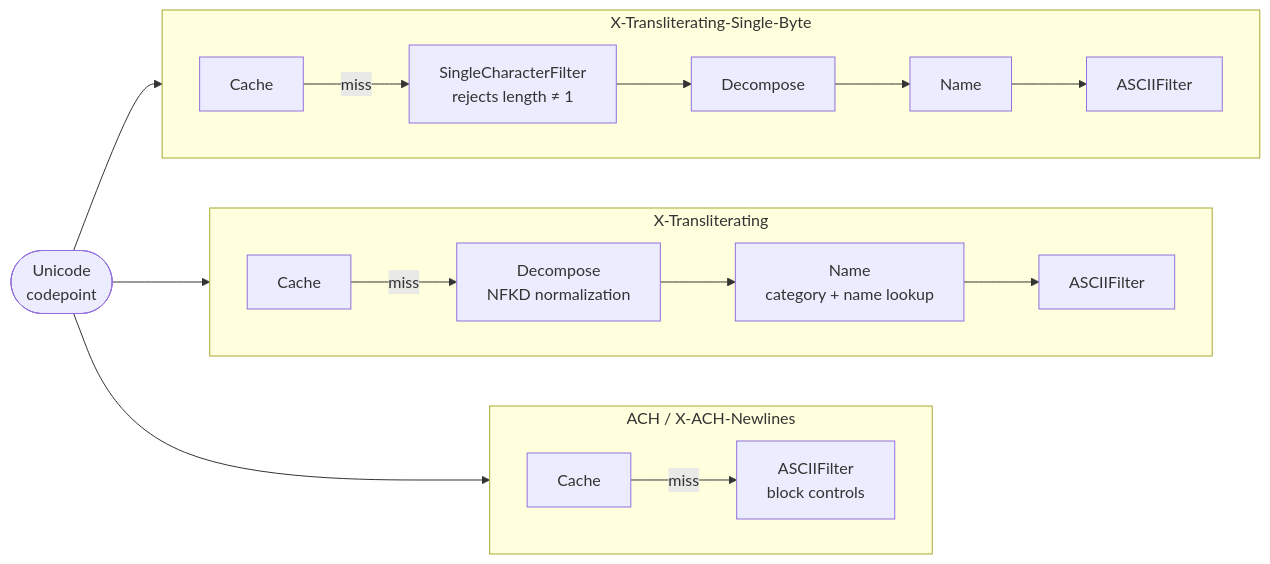
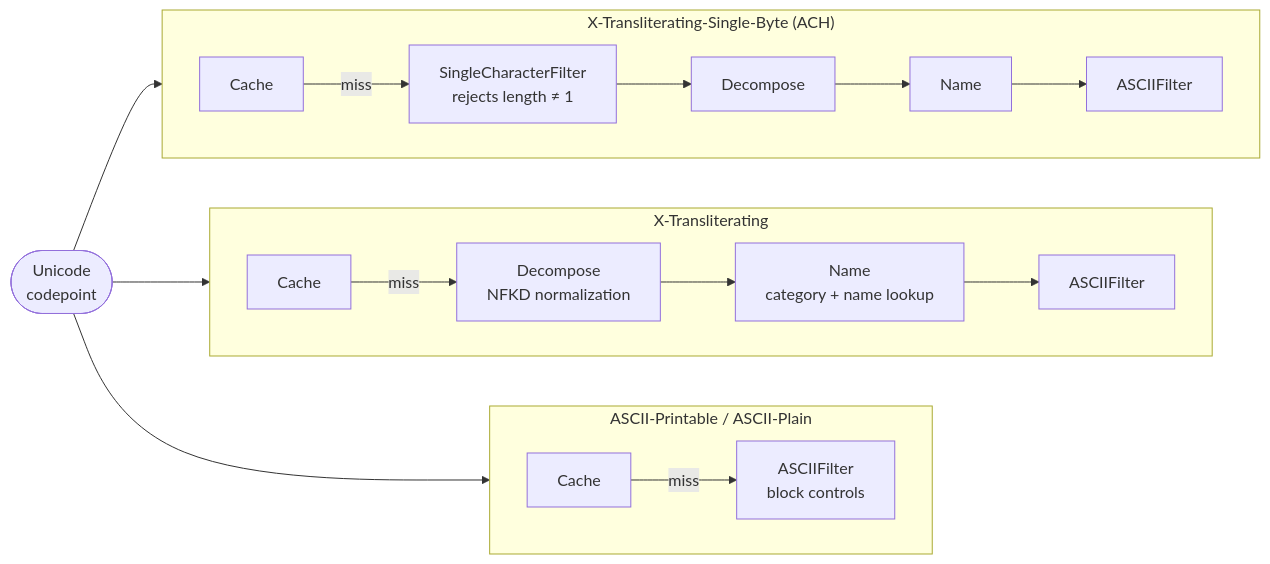
Before and after one commit to bhanafee/ASCIISafeCharsets: the second of 3 diagrams in README.md, drawn with Mermaid. The commit also changed other lines of this file and 22 other files, not shown here.

````diff
--- a/README.md
+++ b/README.md
@@ -102,34 +104,34 @@
 ```mermaid
 flowchart LR
     Input(["Unicode\ncodepoint"])
 
-    subgraph ACH ["ACH / X-ACH-Newlines"]
+    subgraph AP ["ASCII-Printable / ASCII-Plain"]
         direction LR
         CA["Cache"]
         FA["ASCIIFilter\nblock controls"]
         CA -->|miss| FA
     end
 
     subgraph XLIT ["X-Transliterating"]
         direction LR
         CX["Cache"]
         DX["Decompose\nNFKD normalization"]
         NX["Name\ncategory + name lookup"]
         FX["ASCIIFilter"]
         CX -->|miss| DX --> NX --> FX
     end
 
-    subgraph XLITSB ["X-Transliterating-Single-Byte"]
+    subgraph XLITSB ["X-Transliterating-Single-Byte (ACH)"]
         direction LR
         CS["Cache"]
         SS["SingleCharacterFilter\nrejects length ≠ 1"]
         DS["Decompose"]
         NS["Name"]
         FS["ASCIIFilter"]
         CS -->|miss| SS --> DS --> NS --> FS
     end
 
     Input --> CA
     Input --> CX
     Input --> CS
 ```
````
